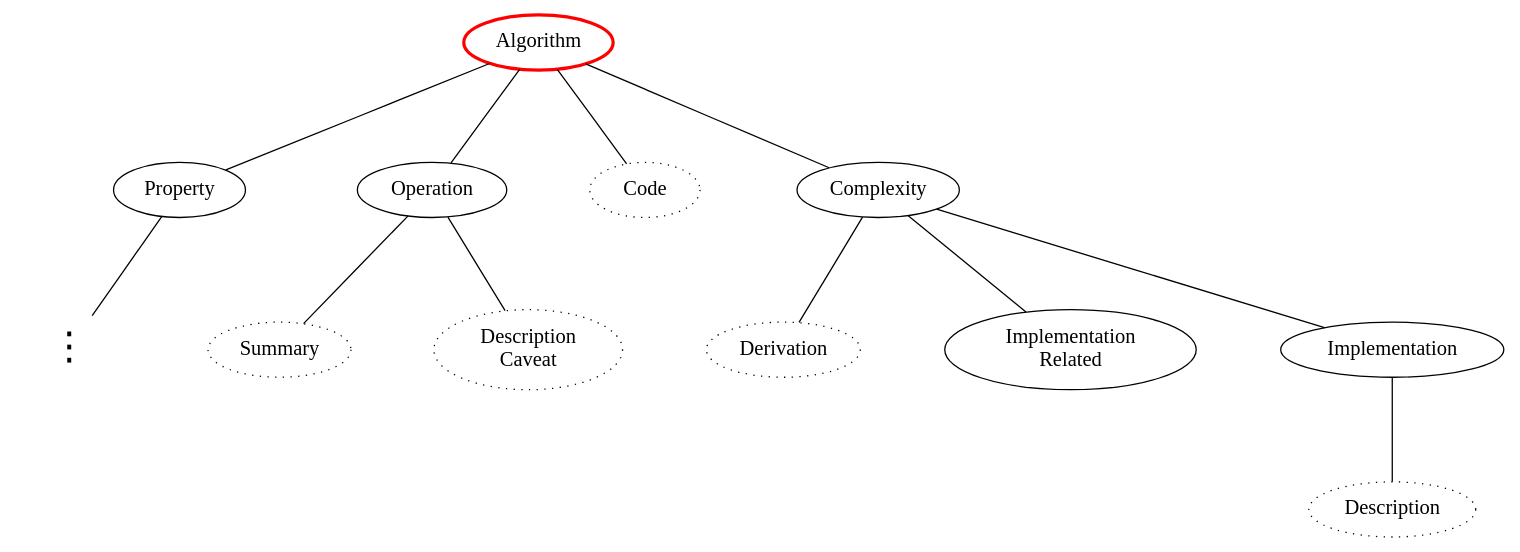
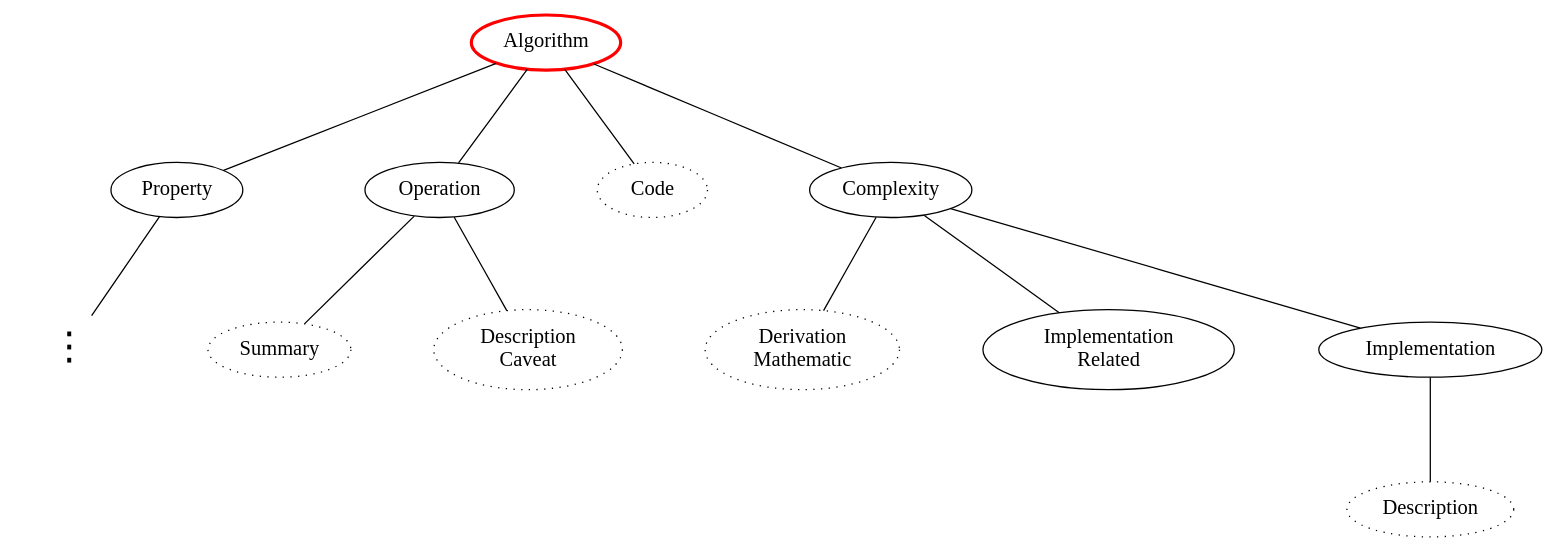
Before and after one commit to doyougnu/XOP_Encoding: the diagram in paper/gtpaper/DJK_tree.dot, drawn with Graphviz. The commit also changed 1 other file, not shown here.

```diff
--- a/paper/gtpaper/DJK_tree.dot
+++ b/paper/gtpaper/DJK_tree.dot
@@ -1,123 +1,123 @@
 digraph graph_name {
   graph [
     charset = "UTF-8";
     labelloc = "t",
     labeljust = "c",
     margin = 0.2,
     splines = spline,
     ordering = out,
     ranksep = 1.0,
     nodesep = 0.9
   ];
 
   node [
     fontsize = 16,
     fontcolor = 6,
     fontname = "Migu 1M",
     color = 7,
     fillcolor = 11,
     height = 0.6,
     width = 1.2
   ];
 
   edge [
     style = solid,
     fontsize = 14,
     labelfloat = true,
     labeldistance = 2.5,
     labelangle = 70,
     arrowhead = none,
   ];
 
   // node define
   Algorithm [color = red, penwidth = 2.5];
   // History2 [label = "History"];
   // Def2 [label = "Definition", style = dotted];
 
   // leaf define
   // Description [style = dotted];
   // Def [label = "Definition", style = dotted];
   // Def3 [label = "Definition", style = dotted];
   // Math2 [label = "Mathematic", style = dotted];
   // Assu [label = "Abstraction", style = dotted];
   // Code [label = "Code", style = dotted];
   // Lgnd [label = "Legend", style = dotted];
   // Prop [label = "Proposal", style = dotted];
 
   // InVivo [style = dotted];
   // Definition [style = dotted];
   // Outline [label = "Outline:Meta", style = dotted];
   // C1 [label = "Comment:Caveat", style = dotted];
 
   // Nodes must be defined in order
   // Algorithm -> History;
   // Algorithm -> Class;
 
 
 
   // edges
   Algorithm -> Property;
 
   // Def2 [label = "Definition", style = dotted];
   // Math [label = "Mathematic", style = dotted];
   // Property -> Def2;
   // Property -> Math;
   Property -> Dummy1;
   Dummy1 [label = "⋮" , color="white" , fontsize=30];
   // Algorithm -> Problem;
   // Dummy2 [label = "⋮" , color="white" , fontsize=30];
   // // Problem -> Def3;
   // Problem -> Dummy2;
   // Problem -> Math2;
 
   Algorithm -> Operation;
   Ctn [label = "Summary", style = dotted];
   Operation -> Ctn;
   Desc [label = "Description\nCaveat", style = dotted];
   Operation -> Desc;
   Code1 [label = "Code", style = dotted];
   Algorithm -> Code1;
   // Operation -> Lgnd;
   // Cases [label = "Cases", style = dotted];
   // Prf [label = "Proof", style = dotted];
   // BCase [label = "Base Case", style = dotted];
   // Desc2 [label = "Description", style = dotted];
   // Math3 [label = "Mathematic", style = dotted];
   // Operation -> Prf;
   // Operation -> BCase;
   // Operation -> Desc2;
   // Operation -> Math3;
   // Prp [label = "Proposal", style = dotted];
   // Operation -> Prp;
   // Desc3 [label = "Description", style = dotted];
   // Operation -> Desc3;
   // Cases2 [label = "Cases", style = dotted];
   // Desc4 [label = "Description", style = dotted];
   // Math4 [label = "Mathematic", style = dotted];
   // Operation -> Cases2;
   // Operation -> Desc4;
   // Operation -> Math4;
   // Conc [label = "Conclusion", style = dotted];
   // Operation -> Conc;
   // Desc5 [label = "Description", style = dotted];
   // Operation -> Desc5;
   // Ctn2 [label = "Cartoon", style = dotted];
   // Operation -> Ctn2;
   // Prop [label = "Proposal", style = dotted];
   // Operation -> Prop;
   // Desc6 [label = "Description", style = dotted];
   // Prf2 [label = "Proof", style = dotted];
   // Operation -> Desc6;
   // Operation -> Prf2;
   Algorithm -> Complexity;
-  Deri [label = "Derivation", style = dotted];
+  Deri [label = "Derivation\nMathematic", style = dotted];
   Complexity -> Deri;
   // Desc7 [label = "Description", style = dotted];
   // Complexity -> Desc7;
   Impl1 [label = "Implementation\nRelated"];
   Complexity -> Impl1;
   Impl [label = "Implementation"];
   Complexity -> Impl;
   Desc8 [label = "Description", style = dotted];
   Impl -> Desc8;
 }
```
